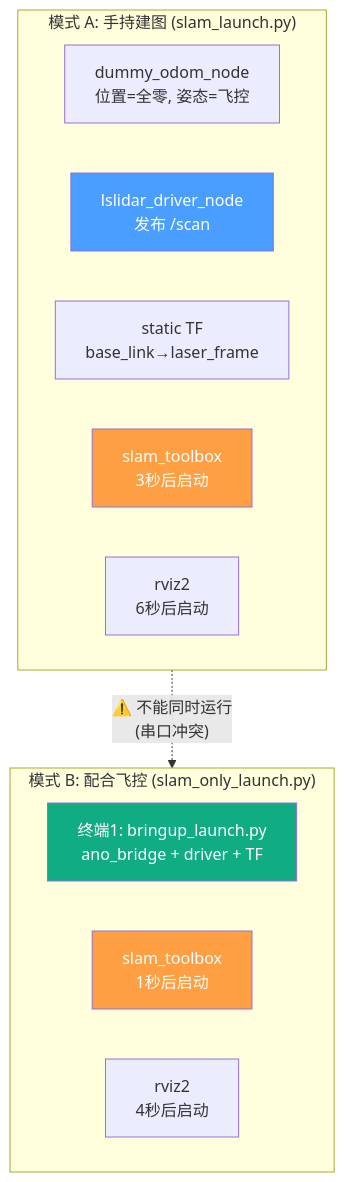
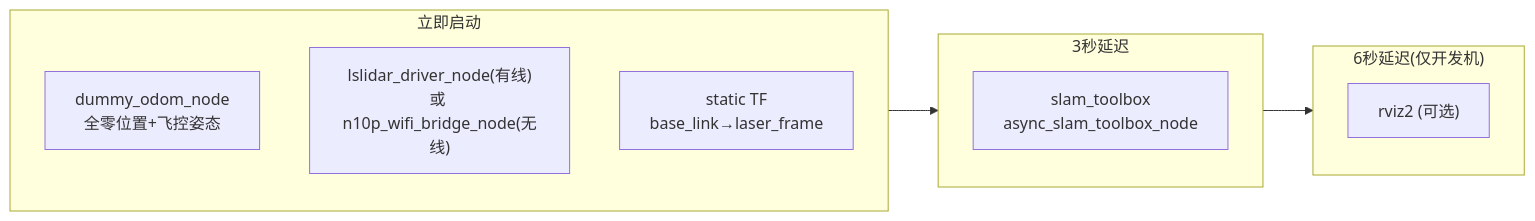
One commit to yangou-ylz/n10p_laser_ros2 changed diagram 19 of 25 in learn.md. Above: the diagram before and after it, drawn with Mermaid. The commit also changed other lines of this file and 32 other files, not shown here.

````diff
--- a/learn.md
+++ b/learn.md
@@ -3064,23 +1544,18 @@
 ```mermaid
-flowchart TB
-    subgraph MODE_A["模式 A: 手持建图 (slam_launch.py)"]
-        A_DUMMY["dummy_odom_node<br/>位置=全零, 姿态=飞控"]
-        A_DRIVER["lslidar_driver_node<br/>发布 /scan"]
-        A_TF["static TF<br/>base_link→laser_frame"]
-        A_SLAM["slam_toolbox<br/>3秒后启动"]
-        A_RVIZ["rviz2<br/>6秒后启动"]
+flowchart LR
+    subgraph T0["立即启动"]
+        DUMMY["dummy_odom_node<br/>全零位置+飞控姿态"]
+        DRV["lslidar_driver_node(有线)<br/>或 n10p_wifi_bridge_node(无线)"]
+        TF["static TF<br/>base_link→laser_frame"]
     end
 
-    subgraph MODE_B["模式 B: 配合飞控 (slam_only_launch.py)"]
-        B_BRINGUP["终端1: bringup_launch.py<br/>ano_bridge + driver + TF"]
-        B_SLAM["slam_toolbox<br/>1秒后启动"]
-        B_RVIZ["rviz2<br/>4秒后启动"]
+    subgraph T3["3秒延迟"]
+        SLAM["slam_toolbox<br/>async_slam_toolbox_node"]
     end
 
-    MODE_A -.->|"⚠️ 不能同时运行<br/>(串口冲突)"| MODE_B
+    subgraph T6["6秒延迟(仅开发机)"]
+        RVIZ["rviz2 (可选)"]
+    end
 
-    style A_DRIVER fill:#4a9eff,color:#fff
-    style A_SLAM fill:#ff9f43,color:#fff
-    style B_BRINGUP fill:#10ac84,color:#fff
-    style B_SLAM fill:#ff9f43,color:#fff
+    T0 --> T3 --> T6
 ```
````
